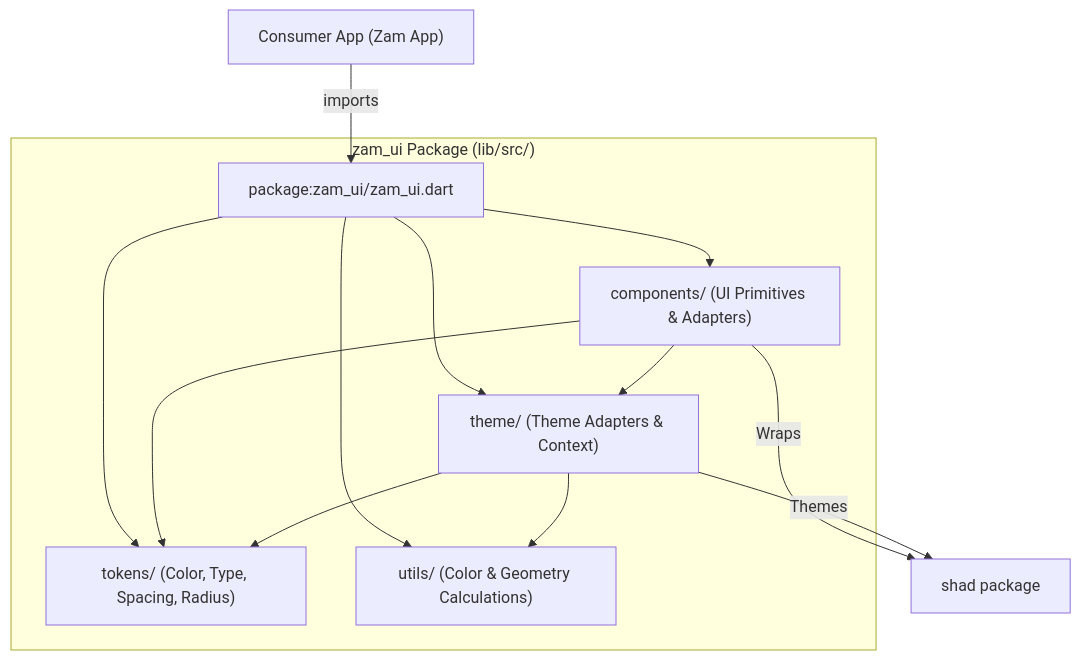
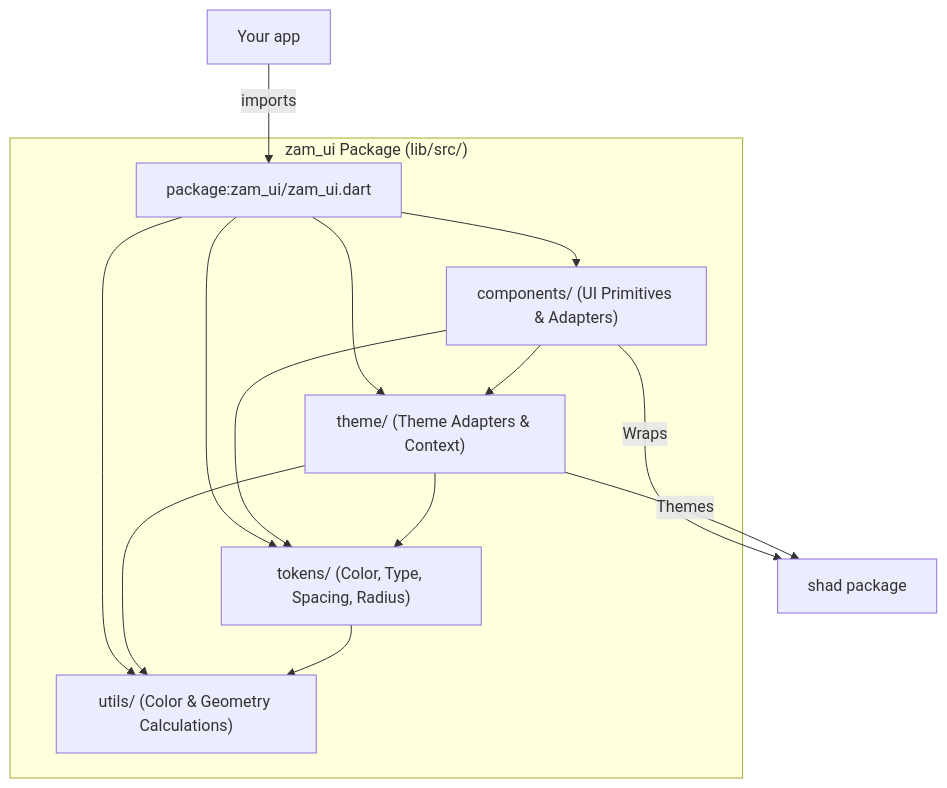
One commit to mikezamayias/zam_ui changed the diagram in README.md. Above: the diagram before and after it, drawn with Mermaid. The commit also changed other lines of this file, not shown here.

First line of the commit message:
docs: tighten the README for public readers

````diff
--- a/README.md
+++ b/README.md
@@ -17,19 +17,20 @@
 ```mermaid
 graph TD
-    App["Consumer App (Zam App)"] -->|imports| PublicAPI["package:zam_ui/zam_ui.dart"]
+    App["Your app"] -->|imports| PublicAPI["package:zam_ui/zam_ui.dart"]
     
     subgraph zam_ui ["zam_ui Package (lib/src/)"]
         PublicAPI --> Components["components/ (UI Primitives & Adapters)"]
         PublicAPI --> Theme["theme/ (Theme Adapters & Context)"]
         PublicAPI --> Tokens["tokens/ (Color, Type, Spacing, Radius)"]
         PublicAPI --> Utils["utils/ (Color & Geometry Calculations)"]
         
         Components --> Theme
         Components --> Tokens
         Theme --> Tokens
         Theme --> Utils
+        Tokens --> Utils
     end
     
     Components -->|Wraps| Shad["shad package"]
     Theme -->|Themes| Shad
 ```
````
